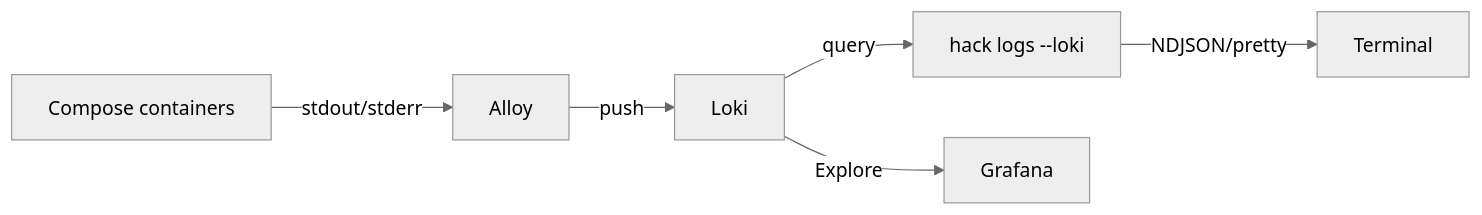
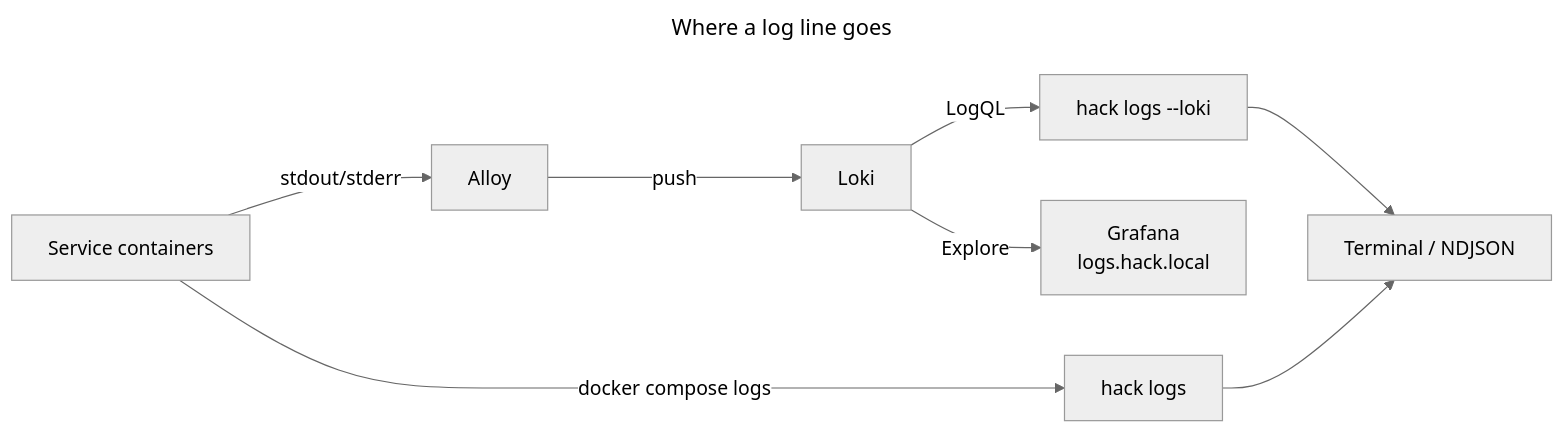
Before and after one commit to hack-dance/hack: the eighth of 12 diagrams in docs/architecture.md, drawn with Mermaid (neutral theme). The commit also changed other lines of this file, not shown here.

First line of the commit message:
docs(architecture): rewrite for v5 with current diagrams

````diff
--- a/docs/architecture.md
+++ b/docs/architecture.md
@@ -262,8 +316,13 @@
 ```mermaid
-graph LR
-  Containers["Compose containers"] -->|"stdout/stderr"| Alloy
-  Alloy -->|"push"| Loki
-  Loki -->|"query"| CLI["hack logs --loki"]
-  CLI -->|"NDJSON/pretty"| Terminal
-  Loki -->|"Explore"| Grafana
+---
+title: Where a log line goes
+---
+flowchart LR
+  C["Service containers"] -->|"stdout/stderr"| A["Alloy"]
+  A -->|"push"| L["Loki"]
+  L -->|"LogQL"| Q["hack logs --loki"]
+  C -->|"docker compose logs"| F["hack logs"]
+  L -->|"Explore"| G["Grafana<br/>logs.hack.local"]
+  Q --> T["Terminal / NDJSON"]
+  F --> T
 ```
````
